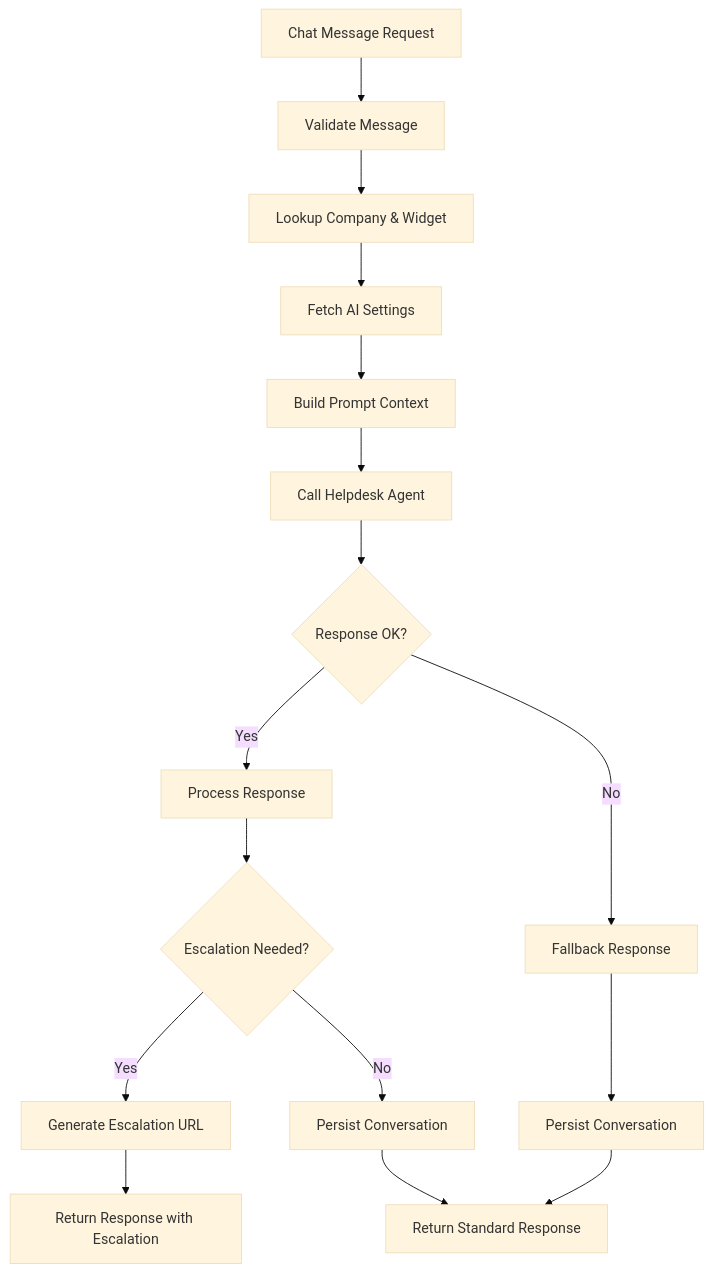
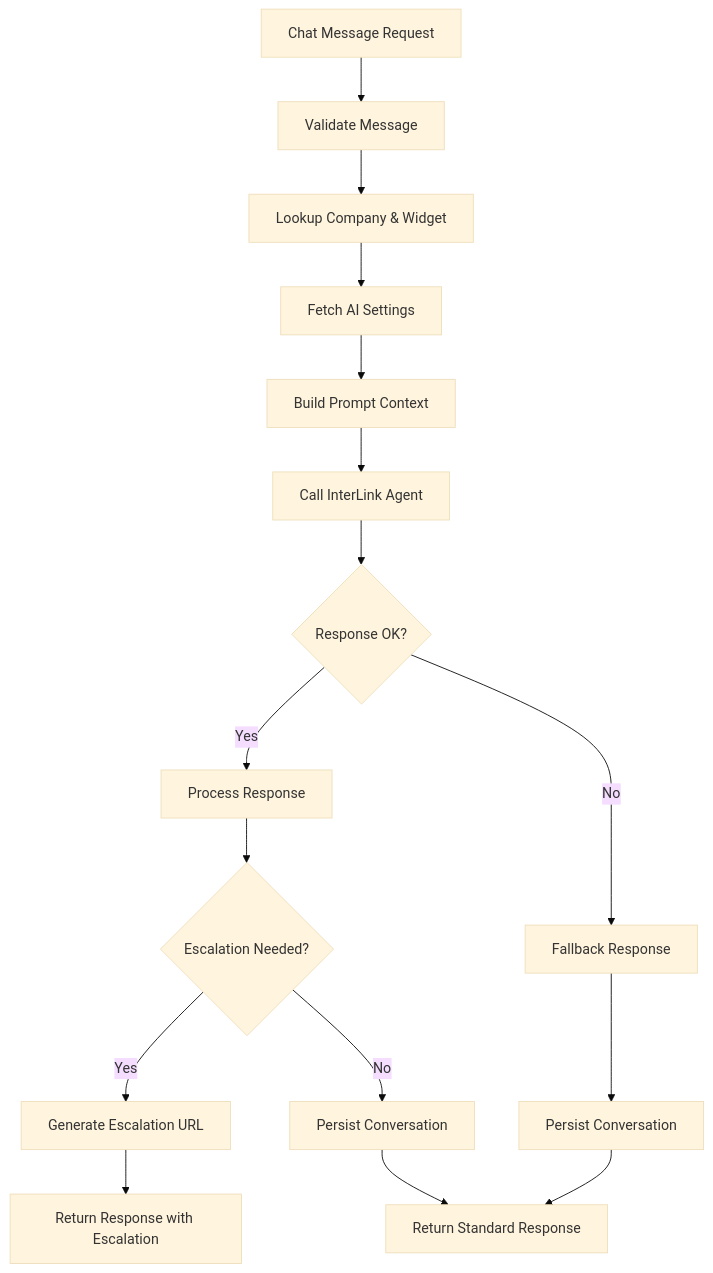
The seventh of 9 diagrams in .qoder/repowiki/en/content/Widget System/Widget System.md (younesgamer68/Internship-management-Platforme), drawn with Mermaid (base theme) before and after one commit. The commit also changed other lines of this file and 175 other files, not shown here.

````diff
--- a/.qoder/repowiki/en/content/Widget System/Widget System.md
+++ b/.qoder/repowiki/en/content/Widget System/Widget System.md
@@ -318,18 +318,18 @@
 ```mermaid
 flowchart TD
 A[Chat Message Request] --> B[Validate Message]
 B --> C[Lookup Company & Widget]
 C --> D[Fetch AI Settings]
 D --> E[Build Prompt Context]
-E --> F[Call Helpdesk Agent]
+E --> F[Call InterLink Agent]
 F --> G{Response OK?}
 G --> |Yes| H[Process Response]
 G --> |No| I[Fallback Response]
 H --> J{Escalation Needed?}
 J --> |Yes| K[Generate Escalation URL]
 J --> |No| L[Persist Conversation]
 K --> M[Return Response with Escalation]
 L --> N[Return Standard Response]
 I --> O[Persist Conversation]
 O --> N
 ```
````
